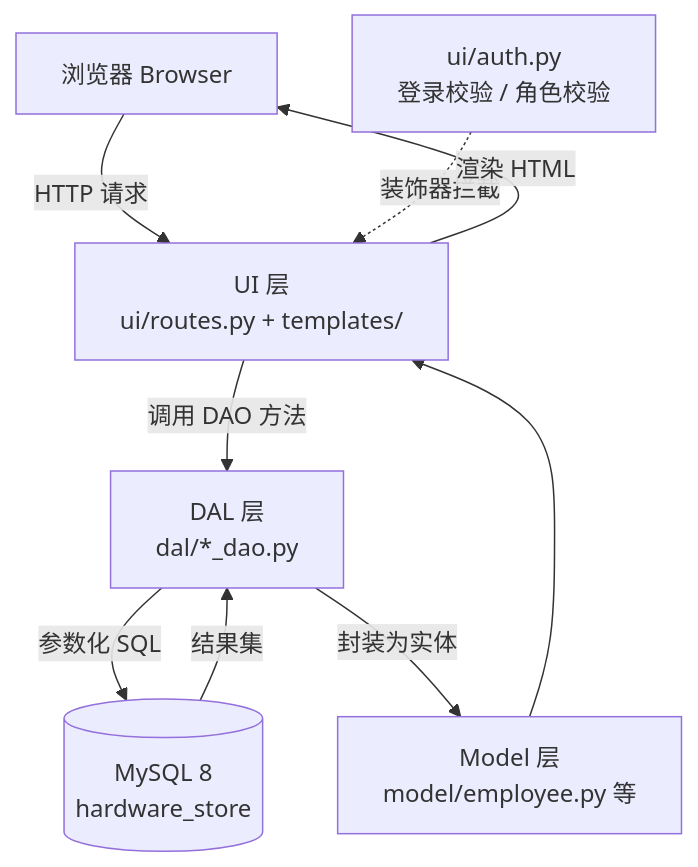
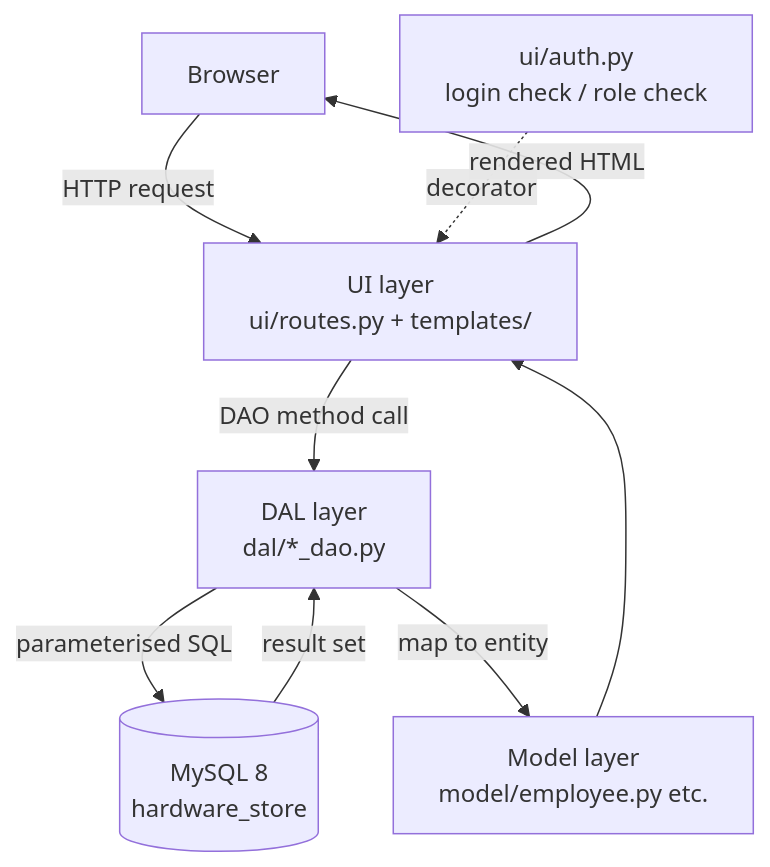
One commit to taichi149/git changed the diagram in README.md. Above: the diagram before and after it, drawn with Mermaid. The commit also changed other lines of this file, not shown here.

````diff
--- a/README.md
+++ b/README.md
@@ -336,11 +345,11 @@
 ```mermaid
 flowchart TD
-    B["浏览器 Browser"] -->|HTTP 请求| U["UI 层<br/>ui/routes.py + templates/"]
-    A["ui/auth.py<br/>登录校验 / 角色校验"] -.->|装饰器拦截| U
-    U -->|调用 DAO 方法| D["DAL 层<br/>dal/*_dao.py"]
-    D -->|参数化 SQL| DB[("MySQL 8<br/>hardware_store")]
-    DB -->|结果集| D
-    D -->|封装为实体| M["Model 层<br/>model/employee.py 等"]
+    B["Browser"] -->|HTTP request| U["UI layer<br/>ui/routes.py + templates/"]
+    A["ui/auth.py<br/>login check / role check"] -.->|decorator| U
+    U -->|DAO method call| D["DAL layer<br/>dal/*_dao.py"]
+    D -->|parameterised SQL| DB[("MySQL 8<br/>hardware_store")]
+    DB -->|result set| D
+    D -->|map to entity| M["Model layer<br/>model/employee.py etc."]
     M --> U
-    U -->|渲染 HTML| B
+    U -->|rendered HTML| B
 ```
````
